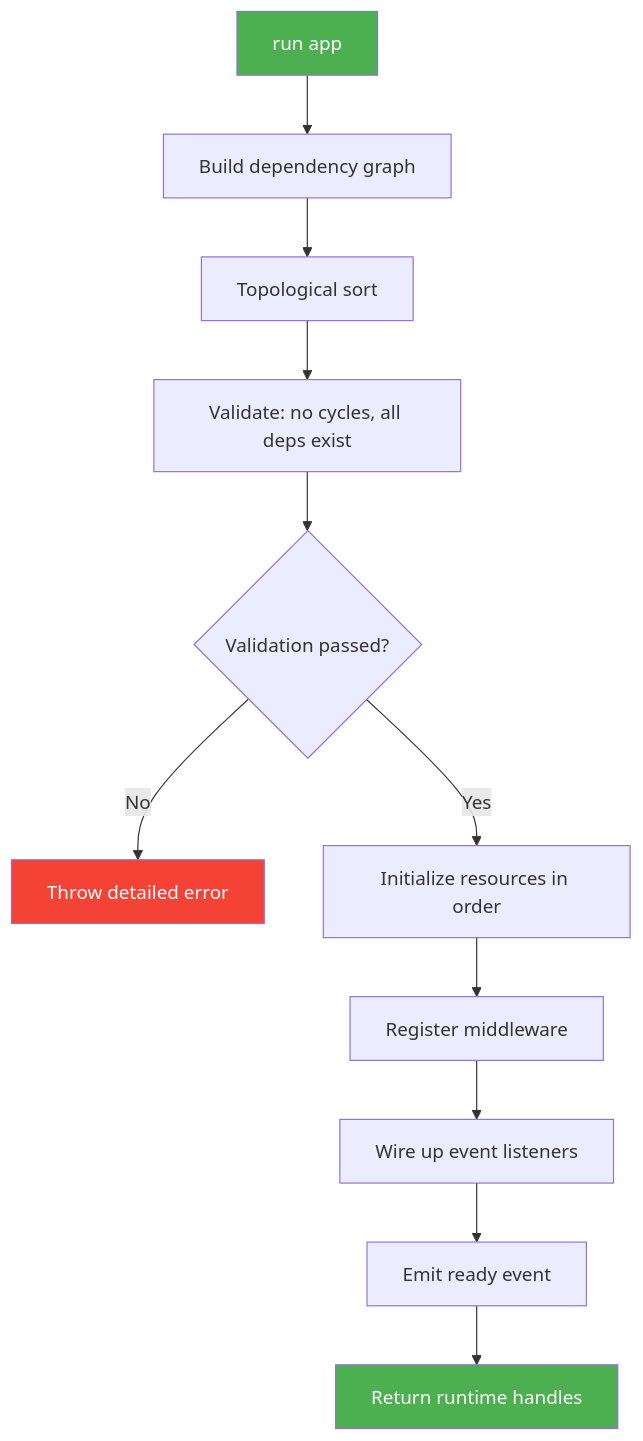
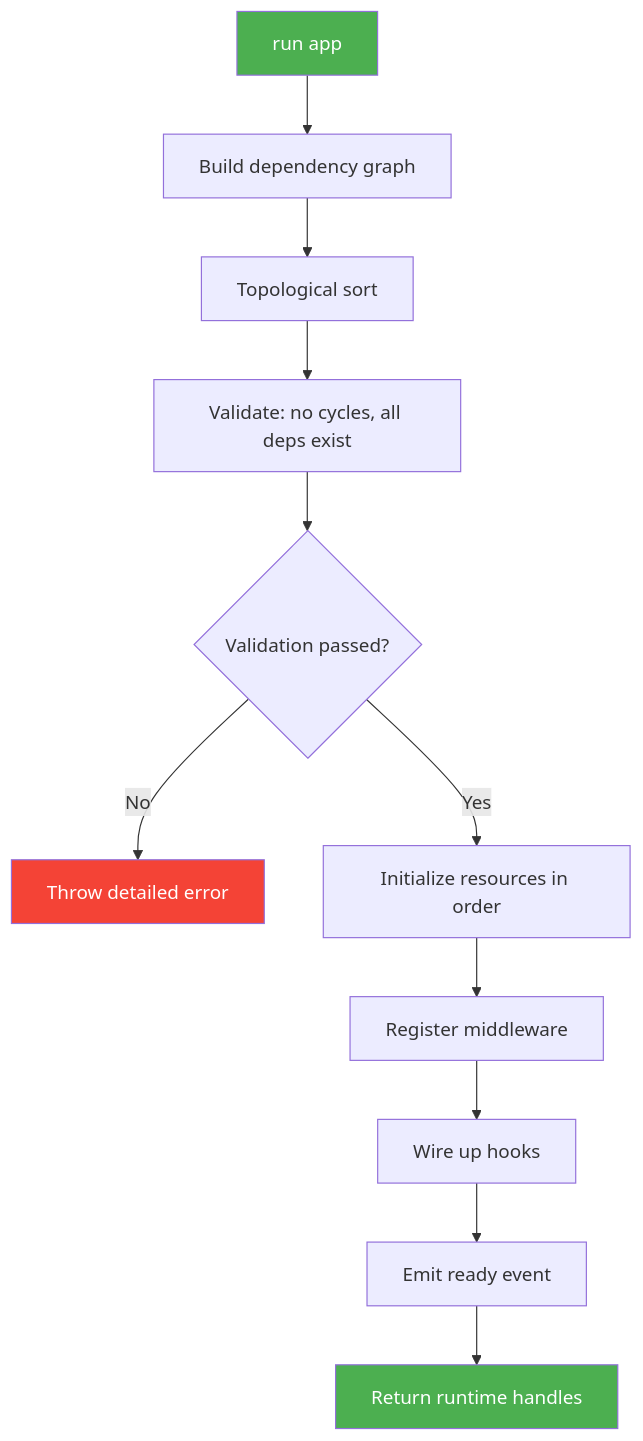
Before and after one commit to bluelibs/runner: the second of 3 diagrams in guide-units/10-deep-dives.md, drawn with Mermaid. The commit also changed other lines of this file and 13 other files, not shown here.

````diff
--- a/guide-units/10-deep-dives.md
+++ b/guide-units/10-deep-dives.md
@@ -61,17 +61,17 @@
 ```mermaid
 flowchart TD
     A[run app] --> B[Build dependency graph]
     B --> C[Topological sort]
     C --> D[Validate: no cycles, all deps exist]
     D --> E{Validation passed?}
     E -->|No| F[Throw detailed error]
     E -->|Yes| G[Initialize resources in order]
     G --> H[Register middleware]
-    H --> I[Wire up event listeners]
+    H --> I[Wire up hooks]
     I --> J[Emit ready event]
     J --> K[Return runtime handles]
 
     style A fill:#4CAF50,color:#fff
     style K fill:#4CAF50,color:#fff
     style F fill:#f44336,color:#fff
 ```
````
